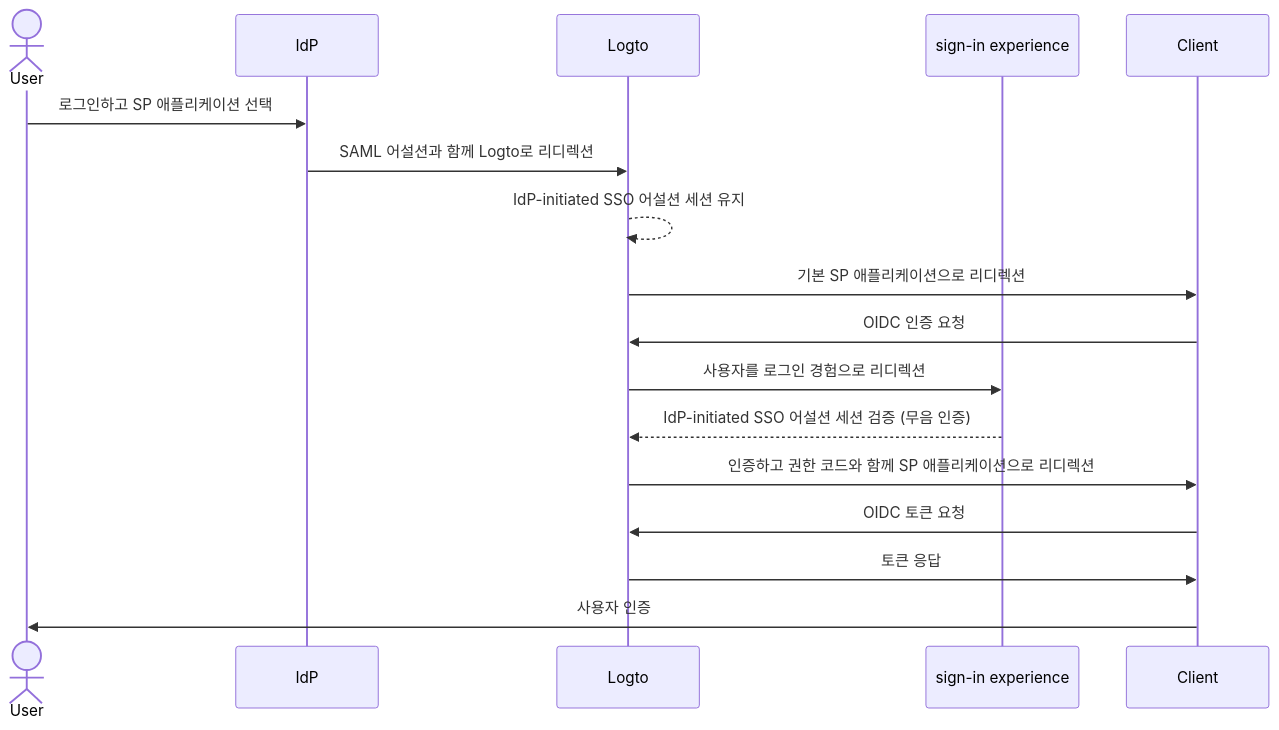
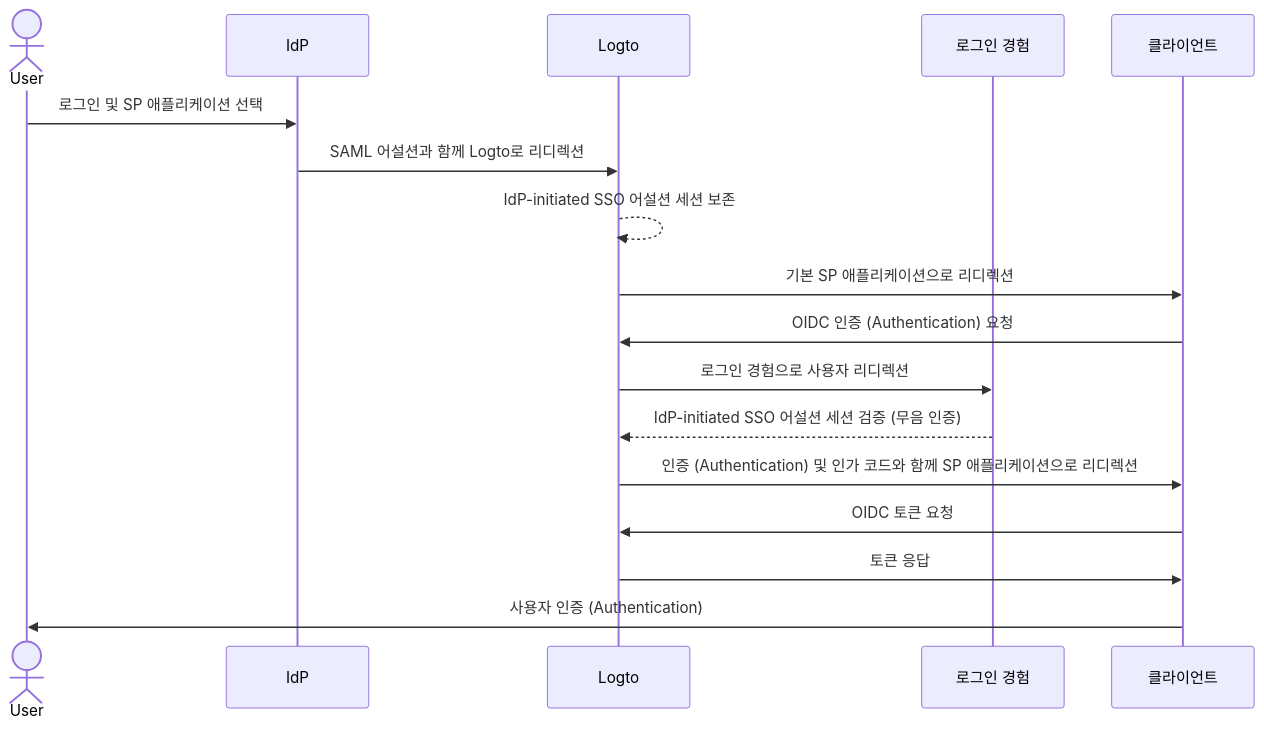
Before and after one commit to logto-io/docs: the first of 2 diagrams in i18n/ko/docusaurus-plugin-content-docs/current/end-user-flows/enterprise-sso/idp-initiated-sso.mdx, drawn with Mermaid. The commit also changed other lines of this file and 666 other files, not shown here.

````diff
--- a/i18n/ko/docusaurus-plugin-content-docs/current/end-user-flows/enterprise-sso/idp-initiated-sso.mdx
+++ b/i18n/ko/docusaurus-plugin-content-docs/current/end-user-flows/enterprise-sso/idp-initiated-sso.mdx
@@ -60,20 +60,20 @@
 ```mermaid
 sequenceDiagram
     actor User
     participant IdP as IdP
     participant Logto as Logto
-    participant Experience as sign-in experience
-    participant SP as Client
+    participant Experience as 로그인 경험
+    participant SP as 클라이언트
 
-    User->>IdP: 로그인하고 SP 애플리케이션 선택
+    User->>IdP: 로그인 및 SP 애플리케이션 선택
     IdP->>Logto: SAML 어설션과 함께 Logto로 리디렉션
-    Logto-->>Logto: IdP-initiated SSO 어설션 세션 유지
+    Logto-->>Logto: IdP-initiated SSO 어설션 세션 보존
     Logto->>SP: 기본 SP 애플리케이션으로 리디렉션
-    SP->>Logto: OIDC 인증 요청
-    Logto->>Experience: 사용자를 로그인 경험으로 리디렉션
+    SP->>Logto: OIDC 인증 (Authentication) 요청
+    Logto->>Experience: 로그인 경험으로 사용자 리디렉션
     Experience-->>Logto: IdP-initiated SSO 어설션 세션 검증 (무음 인증)
-    Logto->>SP: 인증하고 권한 코드와 함께 SP 애플리케이션으로 리디렉션
+    Logto->>SP: 인증 (Authentication) 및 인가 코드와 함께 SP 애플리케이션으로 리디렉션
     SP->>Logto: OIDC 토큰 요청
     Logto->>SP: 토큰 응답
-    SP->>User: 사용자 인증
+    SP->>User: 사용자 인증 (Authentication)
 ```
````
